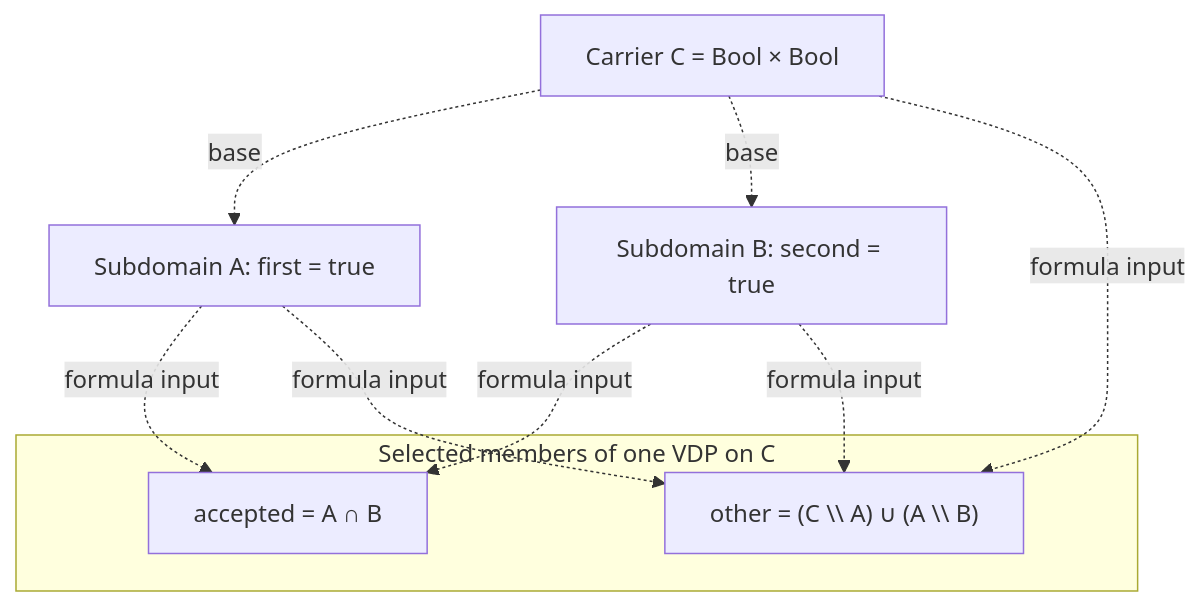
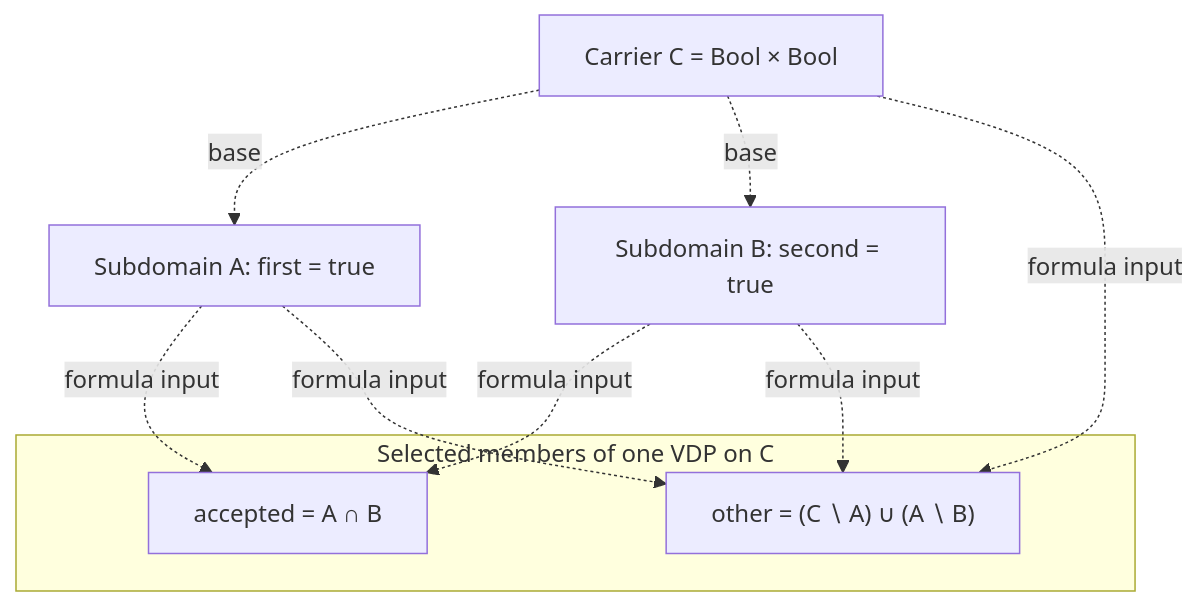
Before and after one commit to mrvanish97/archiscript: the sixth of 6 diagrams in README.md, drawn with Mermaid. The commit also changed other lines of this file, not shown here.

Commit message:
docs: use mathematical set difference glyph in diagram example

````diff
--- a/README.md
+++ b/README.md
@@ -639,17 +639,17 @@
 ```mermaid
 flowchart TD
   C["Carrier C = Bool × Bool"]
   A["Subdomain A: first = true"]
   B["Subdomain B: second = true"]
   subgraph V["Selected members of one VDP on C"]
     M1["accepted = A ∩ B"]
-    M2["other = (C \\ A) ∪ (A \\ B)"]
+    M2["other = (C ∖ A) ∪ (A ∖ B)"]
   end
   C -.->|"base"| A
   C -.->|"base"| B
   A -.->|"formula input"| M1
   B -.->|"formula input"| M1
   C -.->|"formula input"| M2
   A -.->|"formula input"| M2
   B -.->|"formula input"| M2
 ```
````
